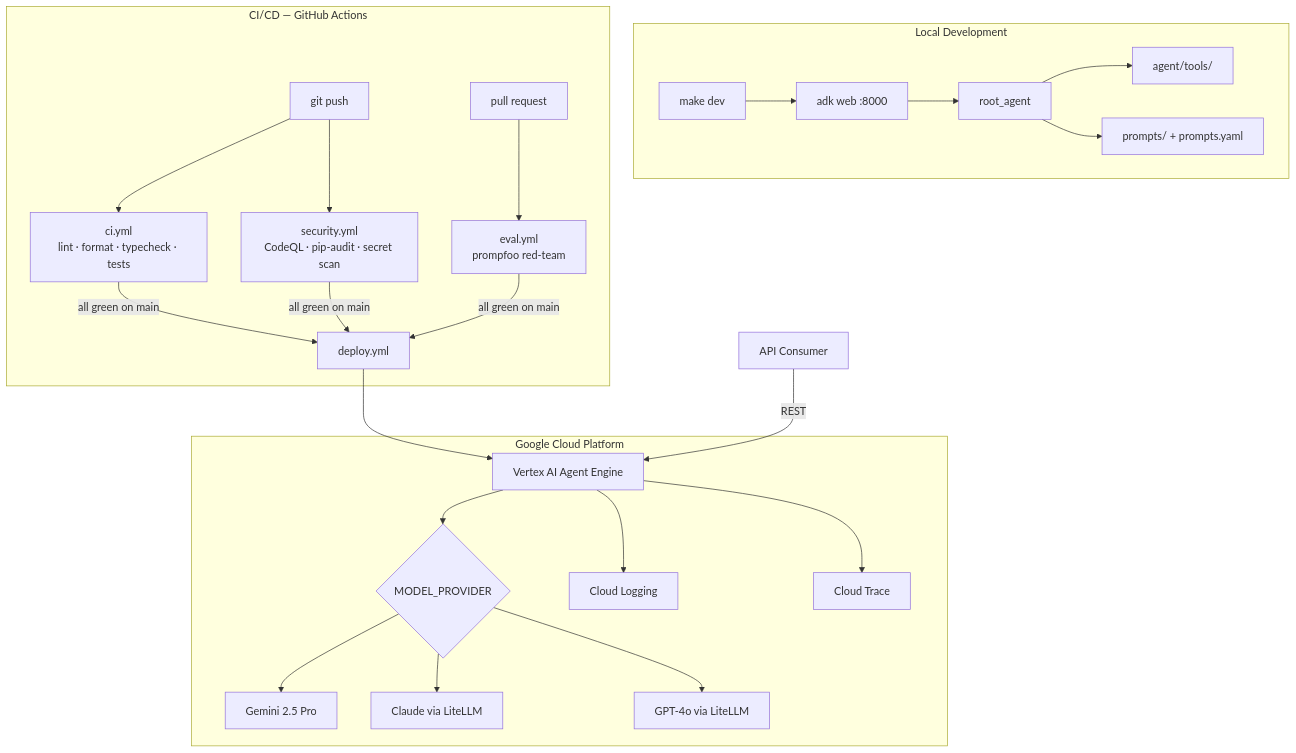
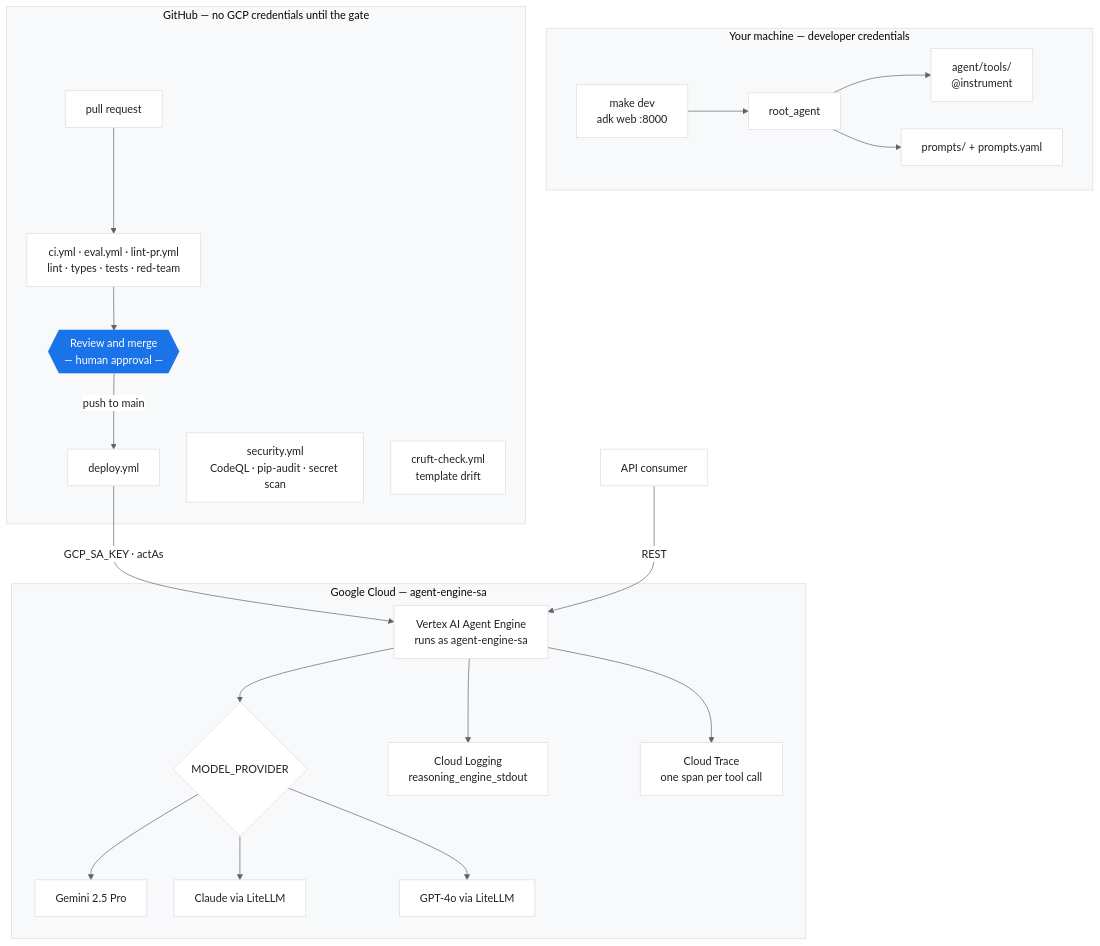
The diagram in {{cookiecutter.project_slug}}/README.md (danielvogler/agent-deployment-template), drawn with Mermaid before and after one commit. The commit also changed other lines of this file and 15 other files, not shown here.

First line of the commit message:
docs: make AGENTS.md the single source of truth, add banners, badges and themed diagrams (#10)

````diff
--- a/{{cookiecutter.project_slug}}/README.md
+++ b/{{cookiecutter.project_slug}}/README.md
@@ -9,28 +49,33 @@
 ```mermaid
+%%{init: {"theme":"base","themeVariables":{"primaryColor":"#FFFFFF","primaryTextColor":"#202124","primaryBorderColor":"#DADCE0","lineColor":"#5F6368","secondaryColor":"#F8F9FA","tertiaryColor":"#F8F9FA","clusterBkg":"#F8F9FA","clusterBorder":"#DADCE0","edgeLabelBackground":"#FFFFFF"},"flowchart":{"curve":"basis","nodeSpacing":40,"rankSpacing":64,"useMaxWidth":true}} }%%
 flowchart TD
-    subgraph local["Local Development"]
-        DEV[make dev] --> ADK[adk web :8000]
-        ADK --> ROOT[root_agent]
-        ROOT --> TOOLS[agent/tools/]
-        ROOT --> PROMPTS[prompts/ + prompts.yaml]
+    subgraph trusted["Your machine — developer credentials"]
+        DEV["make dev<br/>adk web :8000"] --> ROOT["root_agent"]
+        ROOT --> TOOLS["agent/tools/<br/>@instrument"]
+        ROOT --> PROMPTS["prompts/ + prompts.yaml"]
     end
 
-    subgraph ci["CI/CD — GitHub Actions"]
-        PUSH[git push] --> CI[ci.yml\nlint · format · typecheck · tests]
-        PUSH --> SEC[security.yml\nCodeQL · pip-audit · secret scan]
-        PR[pull request] --> EVAL[eval.yml\nprompfoo red-team]
-        CI & SEC & EVAL -->|all green on main| DEPLOY[deploy.yml]
+    subgraph github["GitHub — no GCP credentials until the gate"]
+        PR["pull request"] --> CHECKS["ci.yml · eval.yml · lint-pr.yml<br/>lint · types · tests · red-team"]
+        CHECKS --> REVIEW{{"Review and merge<br/>— human approval —"}}
+        REVIEW -->|push to main| DEPLOY["deploy.yml"]
+        SEC["security.yml<br/>CodeQL · pip-audit · secret scan"]
+        DRIFT["cruft-check.yml<br/>template drift"]
     end
 
-    subgraph gcp["Google Cloud Platform"]
-        DEPLOY --> ENGINE[Vertex AI Agent Engine]
+    subgraph gcp["Google Cloud — agent-engine-sa"]
+        ENGINE["Vertex AI Agent Engine<br/>runs as agent-engine-sa"]
         ENGINE --> MODEL{MODEL_PROVIDER}
-        MODEL --> G[Gemini 2.5 Pro]
-        MODEL --> CL[Claude via LiteLLM]
-        MODEL --> OAI[GPT-4o via LiteLLM]
-        ENGINE --> LOG[Cloud Logging]
-        ENGINE --> TRACE[Cloud Trace]
+        MODEL --> G["Gemini 2.5 Pro"]
+        MODEL --> CL["Claude via LiteLLM"]
+        MODEL --> OAI["GPT-4o via LiteLLM"]
+        ENGINE --> LOG["Cloud Logging<br/>reasoning_engine_stdout"]
+        ENGINE --> TRACE["Cloud Trace<br/>one span per tool call"]
     end
 
-    CLIENT[API Consumer] -->|REST| ENGINE
+    DEPLOY -->|GCP_SA_KEY · actAs| ENGINE
+    CLIENT["API consumer"] -->|REST| ENGINE
+
+    classDef approval fill:#1A73E8,stroke:#1A73E8,color:#FFFFFF;
+    class REVIEW approval;
 ```
````
